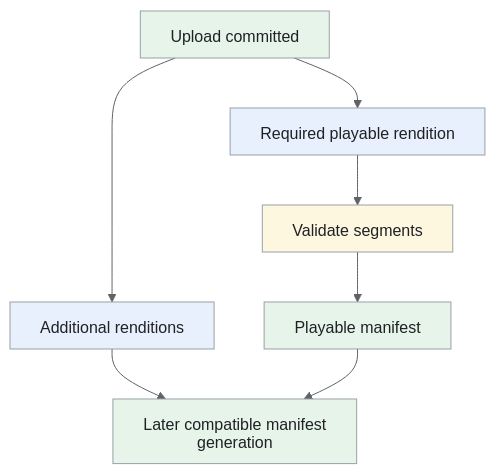
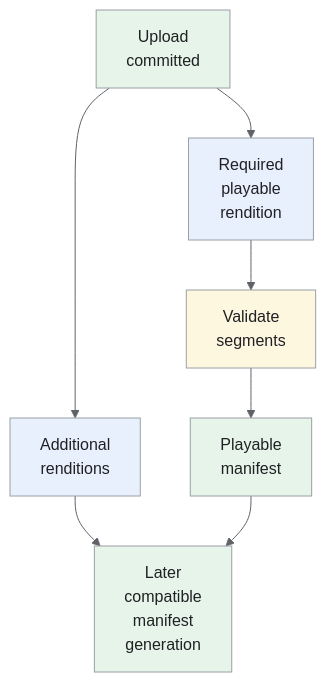
The fifth of 7 diagrams in _designs/system-design-tiktok-reels.md (iliazlobin/iliazlobin.github.io), drawn with Mermaid before and after one commit. The commit also changed other lines of this file and 116 other files, not shown here.

````diff
--- a/_designs/system-design-tiktok-reels.md
+++ b/_designs/system-design-tiktok-reels.md
@@ -314,17 +345,17 @@
 ```mermaid
-%%{init: {'theme':'base','htmlLabels':false,'flowchart':{'htmlLabels':false},'themeVariables':{'fontFamily':'Arial, sans-serif','primaryColor':'#e8f0fe','primaryTextColor':'#202124','primaryBorderColor':'#9aa0a6','lineColor':'#5f6368','secondaryColor':'#e6f4ea','tertiaryColor':'#fef7e0','actorBkg':'#e8f0fe','actorBorder':'#9aa0a6','actorTextColor':'#202124','noteBkgColor':'#fef7e0','noteTextColor':'#202124','noteBorderColor':'#9aa0a6','signalColor':'#5f6368','signalTextColor':'#202124','labelBoxBkgColor':'#fef7e0','labelBoxBorderColor':'#9aa0a6'}}}%%
+%%{init: {"theme":"base","themeVariables":{"primaryColor":"#e8f0fe","primaryBorderColor":"#9aa0a6","primaryTextColor":"#202124","secondaryColor":"#e6f4ea","tertiaryColor":"#fef7e0","lineColor":"#5f6368","actorBkg":"#e8f0fe","actorBorder":"#9aa0a6","actorTextColor":"#202124","noteBkgColor":"#fef7e0","noteBorderColor":"#9aa0a6","noteTextColor":"#202124","signalColor":"#5f6368","signalTextColor":"#202124"}}}%%
 flowchart TB
-    A["Upload committed"] --> B["Required playable rendition"]
-    B --> C["Validate segments"]
-    C --> D["Playable manifest"]
-    A --> E["Additional renditions"]
-    E --> F["Later compatible manifest generation"]
+    A["Upload<br>committed"] --> B["Required<br>playable<br>rendition"]
+    B --> C["Validate<br>segments"]
+    C --> D["Playable<br>manifest"]
+    A --> E["Additional<br>renditions"]
+    E --> F["Later<br>compatible<br>manifest<br>generation"]
     D --> F
     class A,D,F data;
     class B,E request;
     class C control;
 classDef request fill:#e8f0fe,stroke:#9aa0a6,color:#202124;
 classDef data fill:#e6f4ea,stroke:#9aa0a6,color:#202124;
 classDef control fill:#fef7e0,stroke:#9aa0a6,color:#202124;
 classDef danger fill:#fce8e6,stroke:#9aa0a6,color:#202124;
 ```
````
